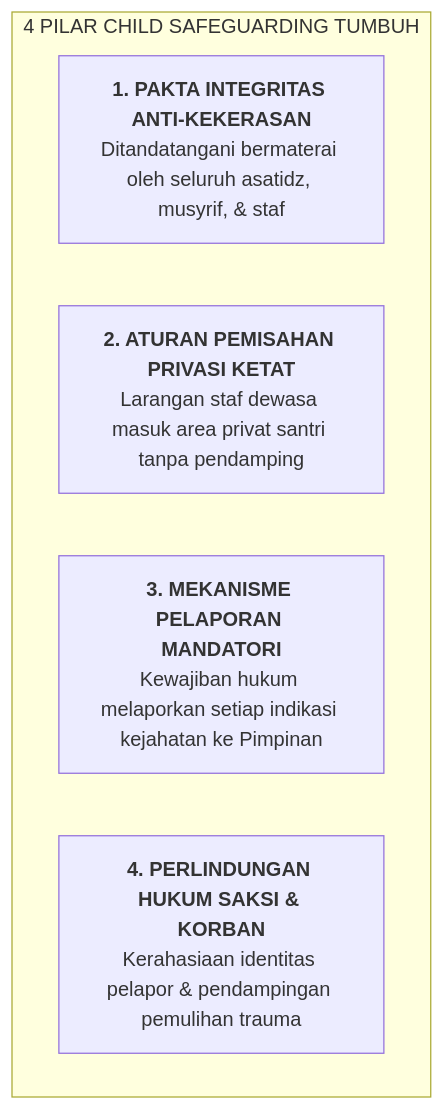
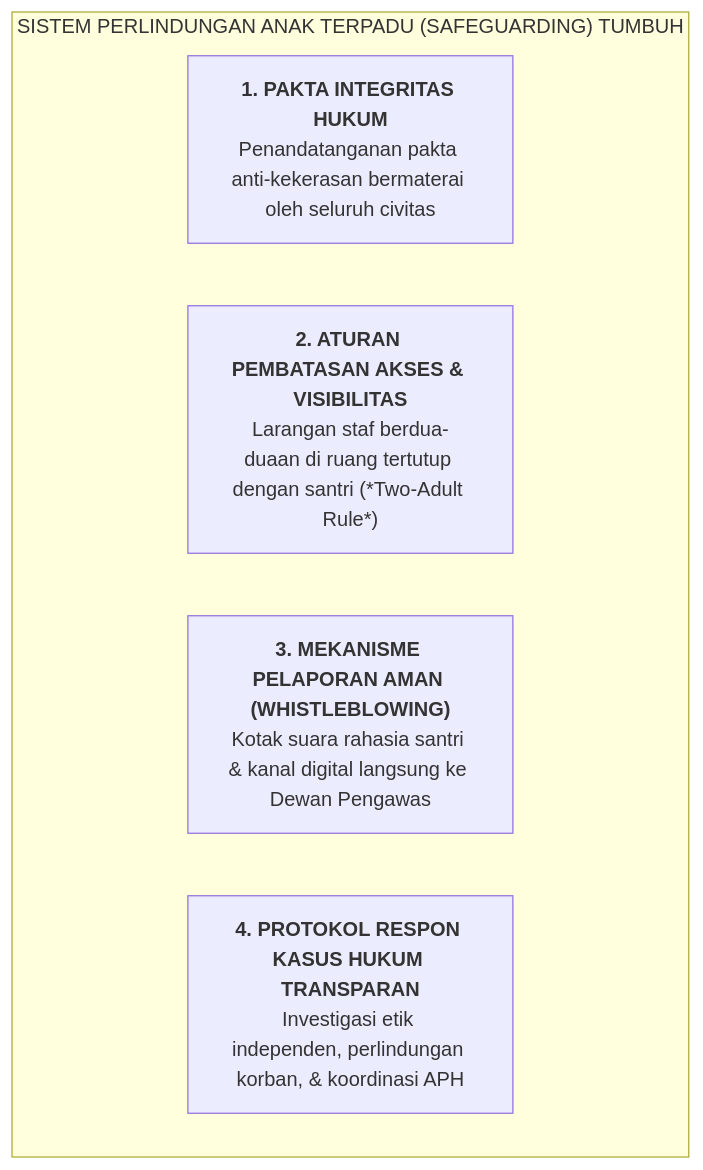
One commit to wandiapriliyandi/tumbuh changed the diagram in BOOK Series 2/Volume-05-Manual-Operasional-SOP-24Jam-dan-Tata-Kelola/Bab-07-Manajemen-Krisis-dan-Perlindungan-Anak/02-Protokol-Child-Safeguarding.md. Above: the diagram before and after it, drawn with Mermaid. The commit also changed other lines of this file and 61 other files, not shown here.

````diff
--- a/BOOK Series 2/Volume-05-Manual-Operasional-SOP-24Jam-dan-Tata-Kelola/Bab-07-Manajemen-Krisis-dan-Perlindungan-Anak/02-Protokol-Child-Safeguarding.md
+++ b/BOOK Series 2/Volume-05-Manual-Operasional-SOP-24Jam-dan-Tata-Kelola/Bab-07-Manajemen-Krisis-dan-Perlindungan-Anak/02-Protokol-Child-Safeguarding.md
@@ -11,9 +13,9 @@
 ```mermaid
 flowchart TD
-    subgraph PilarSafeguarding["4 PILAR CHILD SAFEGUARDING TUMBUH"]
-        S1["<b>1. PAKTA INTEGRITAS ANTI-KEKERASAN</b><br/>Ditandatangani bermaterai oleh seluruh asatidz, musyrif, & staf"]
-        S2["<b>2. ATURAN PEMISAHAN PRIVASI KETAT</b><br/>Larangan staf dewasa masuk area privat santri tanpa pendamping"]
-        S3["<b>3. MEKANISME PELAPORAN MANDATORI</b><br/>Kewajiban hukum melaporkan setiap indikasi kejahatan ke Pimpinan"]
-        S4["<b>4. PERLINDUNGAN HUKUM SAKSI & KORBAN</b><br/>Kerahasiaan identitas pelapor & pendampingan pemulihan trauma"]
+    subgraph SafeguardingSystem["SISTEM PERLINDUNGAN ANAK TERPADU (SAFEGUARDING) TUMBUH"]
+        P1["<b>1. PAKTA INTEGRITAS HUKUM</b><br/>Penandatanganan pakta anti-kekerasan bermaterai oleh seluruh civitas"]
+        P2["<b>2. ATURAN PEMBATASAN AKSES & VISIBILITAS</b><br/>Larangan staf berdua-duaan di ruang tertutup dengan santri (*Two-Adult Rule*)"]
+        P3["<b>3. MEKANISME PELAPORAN AMAN (WHISTLEBLOWING)</b><br/>Kotak suara rahasia santri & kanal digital langsung ke Dewan Pengawas"]
+        P4["<b>4. PROTOKOL RESPON KASUS HUKUM TRANSPARAN</b><br/>Investigasi etik independen, perlindungan korban, & koordinasi APH"]
     end
 ```
````
